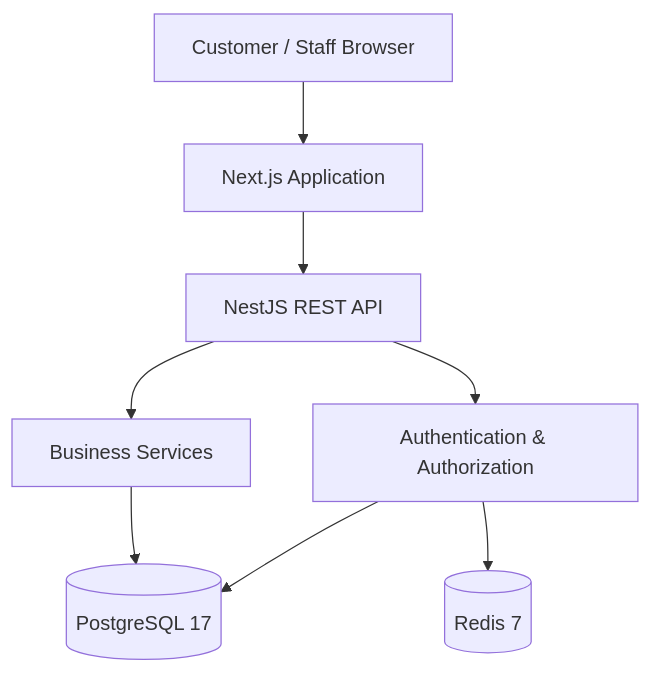
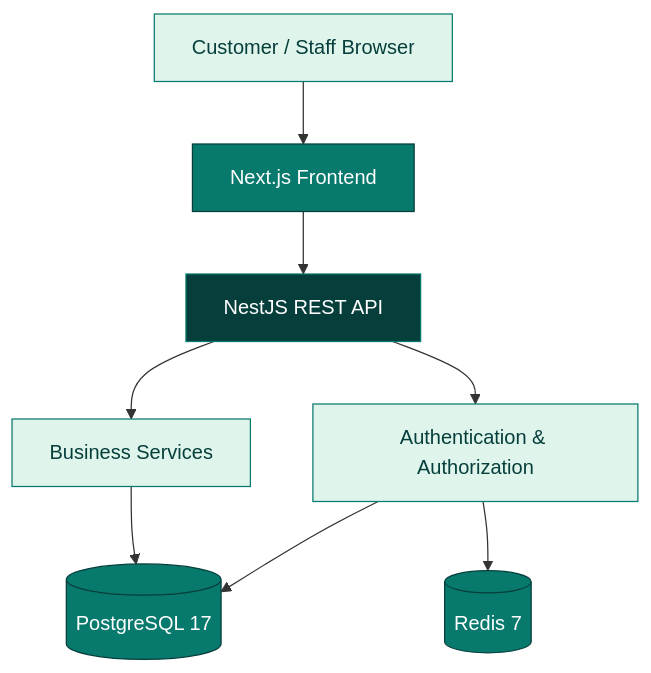
The diagram in README.md (Javedshah11/gulf-pharmacy-platform), drawn with Mermaid before and after one commit. The commit also changed other lines of this file, not shown here.

````diff
--- a/README.md
+++ b/README.md
@@ -189,18 +74,18 @@
 ```mermaid
 flowchart TD
-    A["Customer / Staff Browser"]
-    B["Next.js Application"]
-    C["NestJS REST API"]
-    D["Authentication & Authorization"]
-    E["Business Services"]
-    F[("PostgreSQL 17")]
-    G[("Redis 7")]
+    A["Customer / Staff Browser"] --> B["Next.js Frontend"]
+    B --> C["NestJS REST API"]
+    C --> D["Authentication & Authorization"]
+    C --> E["Business Services"]
+    D --> F[("PostgreSQL 17")]
+    D --> G[("Redis 7")]
+    E --> F
 
-    A --> B
-    B --> C
-    C --> D
-    C --> E
-    D --> F
-    D --> G
-    E --> F
+    style A fill:#DFF5EC,stroke:#08796D,color:#063E3B
+    style B fill:#08796D,stroke:#063E3B,color:#FFFFFF
+    style C fill:#063E3B,stroke:#08796D,color:#FFFFFF
+    style D fill:#DFF5EC,stroke:#08796D,color:#063E3B
+    style E fill:#DFF5EC,stroke:#08796D,color:#063E3B
+    style F fill:#08796D,stroke:#063E3B,color:#FFFFFF
+    style G fill:#08796D,stroke:#063E3B,color:#FFFFFF
 ```
````
